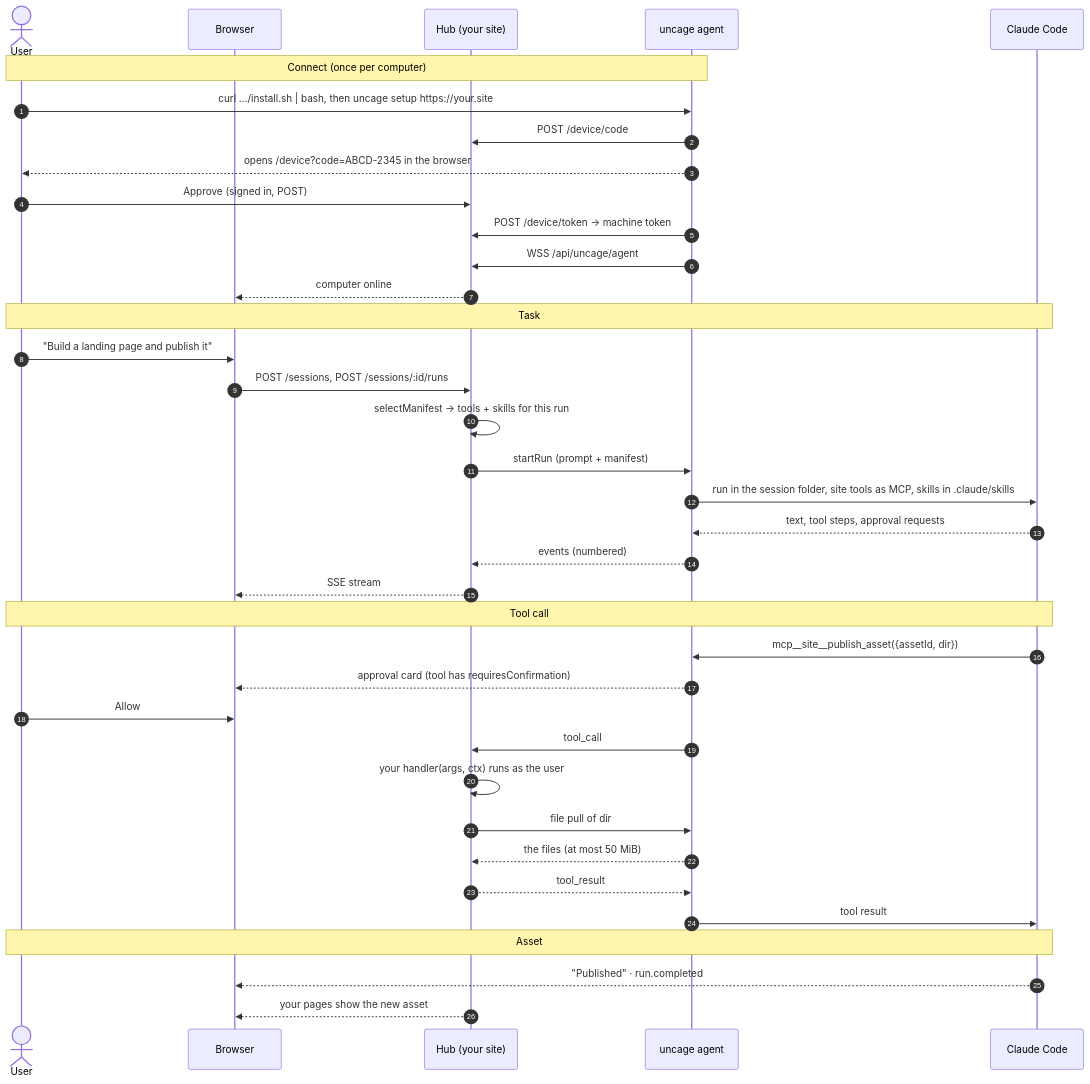
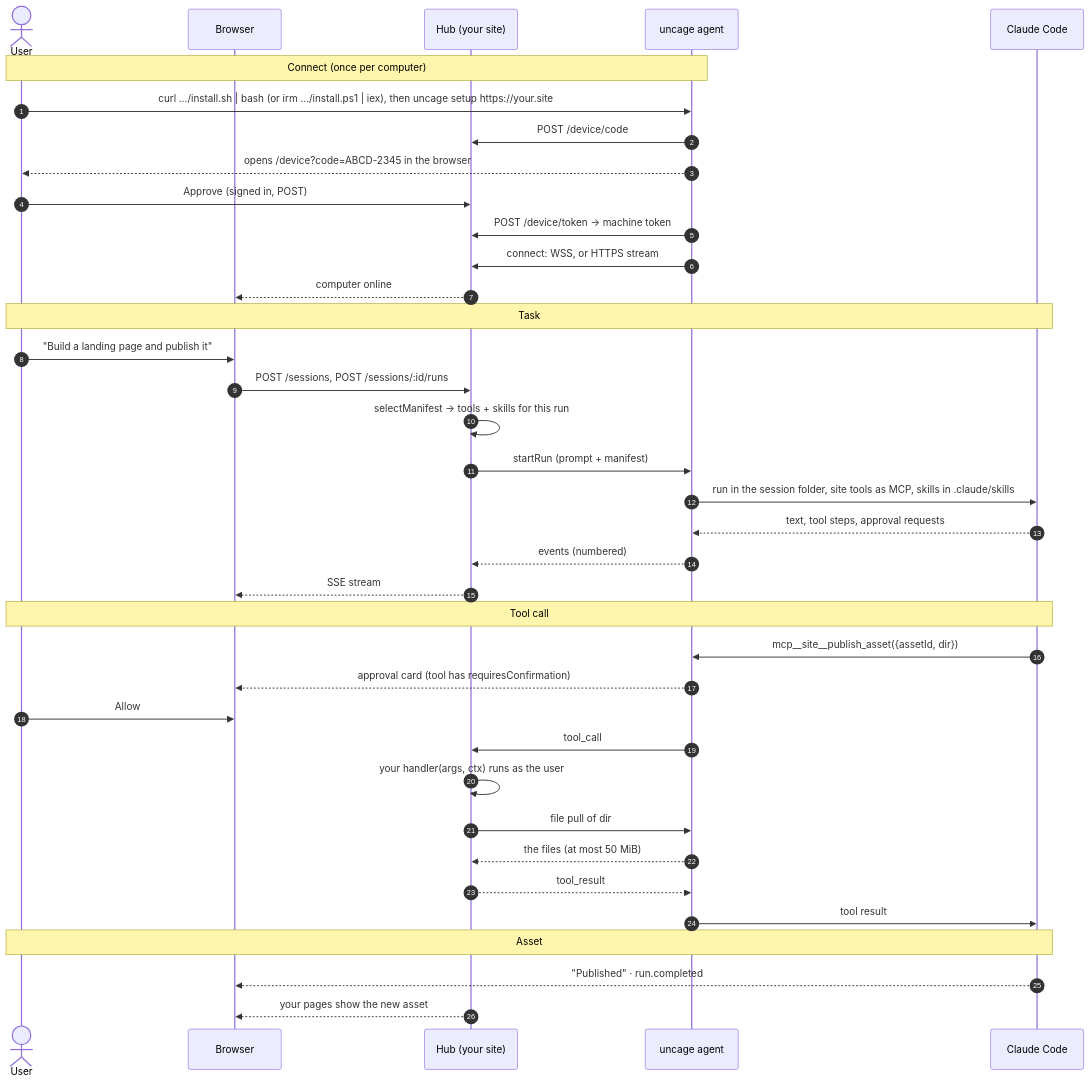
One commit to ptmafia/uncage changed the third of 3 diagrams in apps/docs/src/content/docs/start/how-it-works.md. Above: the diagram before and after it, drawn with Mermaid. The commit also changed other lines of this file and 48 other files, not shown here.

````diff
--- a/apps/docs/src/content/docs/start/how-it-works.md
+++ b/apps/docs/src/content/docs/start/how-it-works.md
@@ -41,39 +60,39 @@
 ```mermaid
 sequenceDiagram
   autonumber
   actor U as User
   participant B as Browser
   participant H as Hub (your site)
   participant A as uncage agent
   participant C as Claude Code
   Note over U,A: Connect (once per computer)
-  U->>A: curl …/install.sh | bash, then uncage setup https://your.site
+  U->>A: curl …/install.sh | bash (or irm …/install.ps1 | iex), then uncage setup https://your.site
   A->>H: POST /device/code
   A-->>U: opens /device?code=ABCD-2345 in the browser
   U->>H: Approve (signed in, POST)
   A->>H: POST /device/token → machine token
-  A->>H: WSS /api/uncage/agent
+  A->>H: connect: WSS, or HTTPS stream
   H-->>B: computer online
   Note over U,C: Task
   U->>B: "Build a landing page and publish it"
   B->>H: POST /sessions, POST /sessions/:id/runs
   H->>H: selectManifest → tools + skills for this run
   H->>A: startRun (prompt + manifest)
   A->>C: run in the session folder, site tools as MCP, skills in .claude/skills
   C-->>A: text, tool steps, approval requests
   A-->>H: events (numbered)
   H-->>B: SSE stream
   Note over U,C: Tool call
   C->>A: mcp__site__publish_asset({assetId, dir})
   A-->>B: approval card (tool has requiresConfirmation)
   U->>B: Allow
   A->>H: tool_call
   H->>H: your handler(args, ctx) runs as the user
   H->>A: file pull of dir
   A-->>H: the files (at most 50 MiB)
   H-->>A: tool_result
   A->>C: tool result
   Note over U,C: Asset
   C-->>B: "Published" · run.completed
   H-->>B: your pages show the new asset
 ```
````
